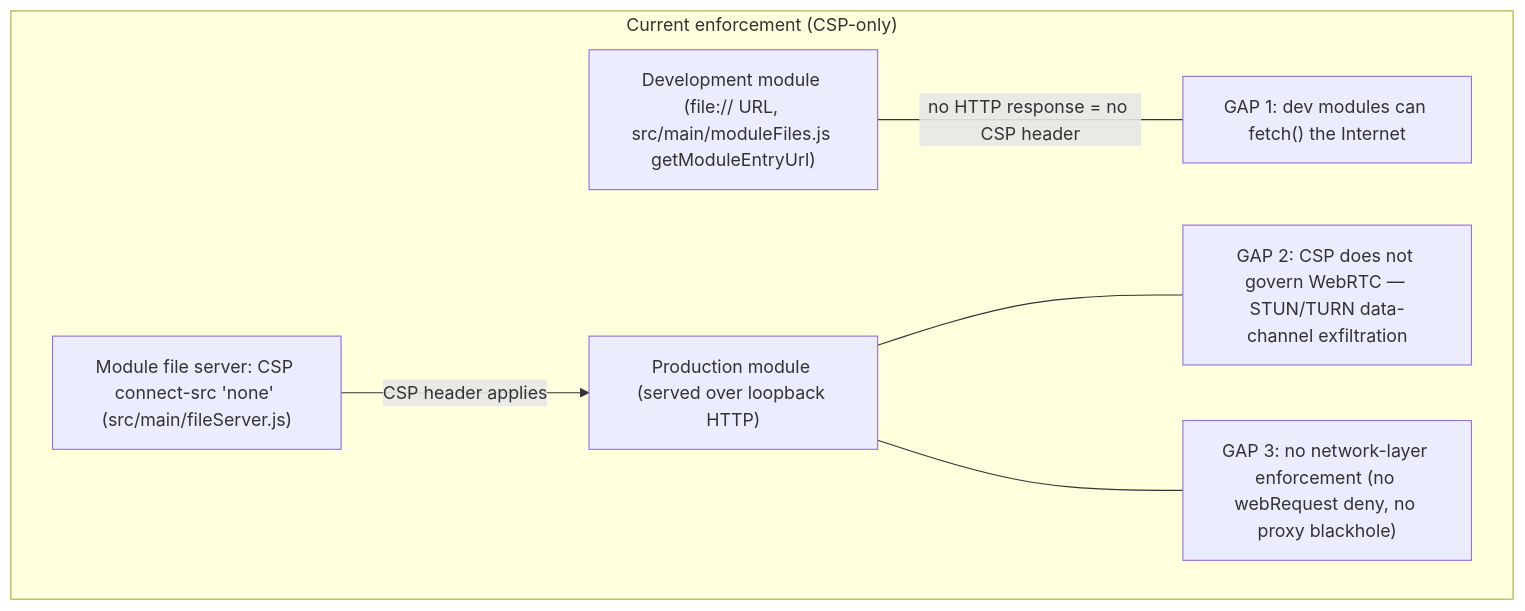
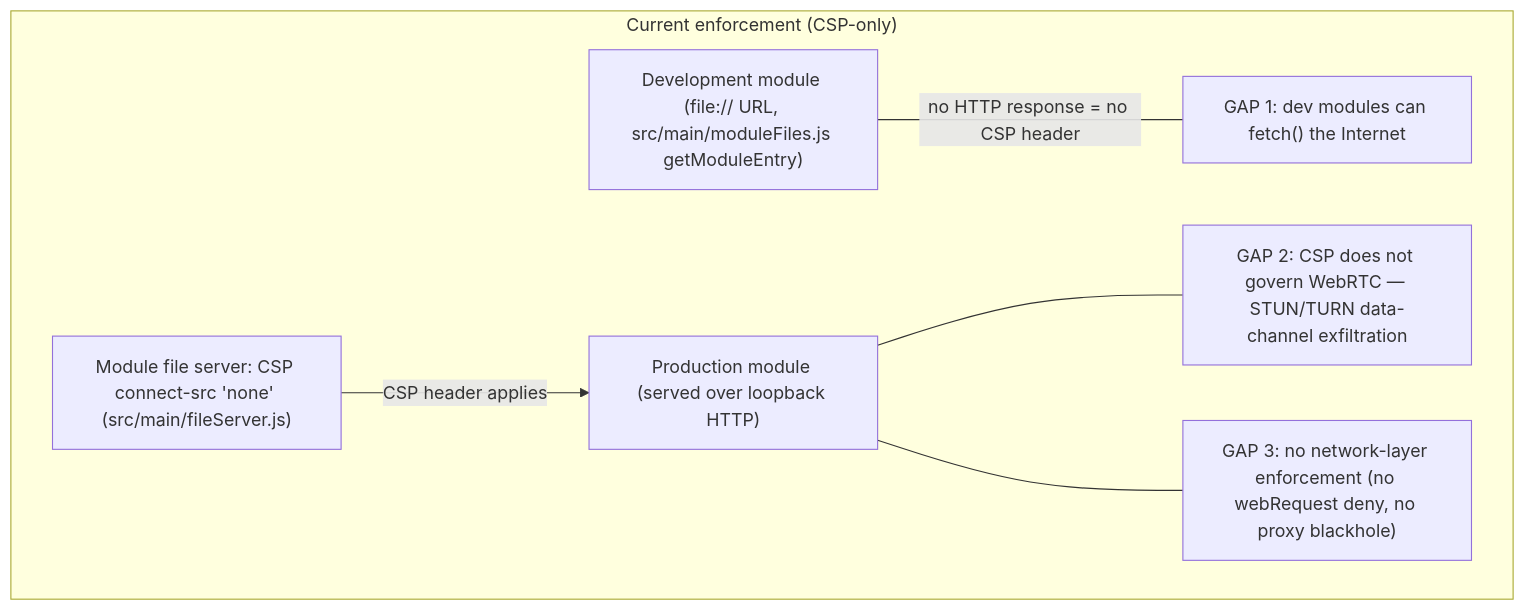
One commit to NamecoinGithub/NexusInterface changed the first of 2 diagrams in docs/NewNexusExchange/Diagrams/egress-enforcement.md. Above: the diagram before and after it, drawn with Mermaid. The commit also changed 3 other files, not shown here.

Commit message:
Fix validation findings: anchor, getModuleEntry name, tag SHA, capability naming

````diff
--- a/docs/NewNexusExchange/Diagrams/egress-enforcement.md
+++ b/docs/NewNexusExchange/Diagrams/egress-enforcement.md
@@ -9,12 +9,12 @@
 ```mermaid
 flowchart TB
     subgraph today["Current enforcement (CSP-only)"]
         fs["Module file server: CSP connect-src 'none' (src/main/fileServer.js)"]
         prodmod["Production module (served over loopback HTTP)"]
-        devmod["Development module (file:// URL, src/main/moduleFiles.js getModuleEntryUrl)"]
+        devmod["Development module (file:// URL, src/main/moduleFiles.js getModuleEntry)"]
         fs -->|"CSP header applies"| prodmod
         devmod ---|"no HTTP response = no CSP header"| gap1["GAP 1: dev modules can fetch() the Internet"]
         prodmod --- gap2["GAP 2: CSP does not govern WebRTC — STUN/TURN data-channel exfiltration"]
         prodmod --- gap3["GAP 3: no network-layer enforcement (no webRequest deny, no proxy blackhole)"]
     end
 ```
````
